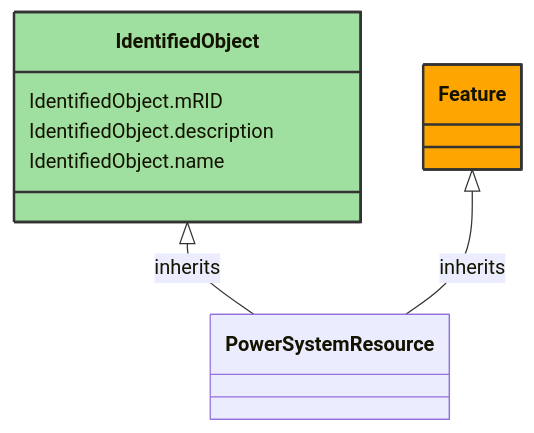
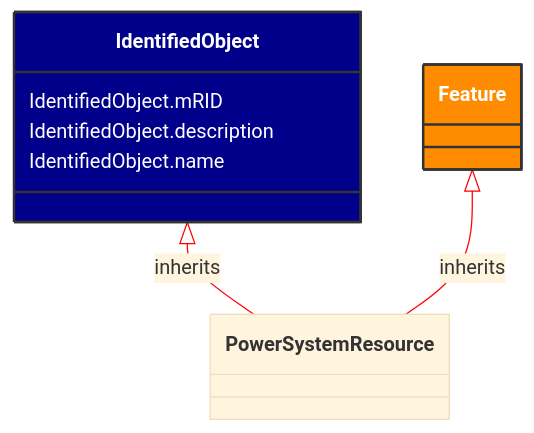
Before and after one commit to 3lbits/NoCIMExtensions: the diagram in docs/Models/Profiles/WattApp/AbstractClasses/IdentifiedObject.md, drawn with Mermaid. The commit also changed 16 other files, not shown here.

Commit message:
Fixed mermaid colors and footer issue

````diff
--- a/docs/Models/Profiles/WattApp/AbstractClasses/IdentifiedObject.md
+++ b/docs/Models/Profiles/WattApp/AbstractClasses/IdentifiedObject.md
@@ -10,24 +10,25 @@
 ```mermaid
+%%{init: {'theme':'base','themeVariables': {'lineColor': '#FF0000'}}}%%
 classDiagram
     class IdentifiedObject
     click IdentifiedObject href "/Models/Profiles/WattApp/AbstractClasses/IdentifiedObject/"
-    style IdentifiedObject fill:#9fdf9f,stroke:#333,stroke-width:2px,rx:10,ry:10
+    style IdentifiedObject fill:#006400,stroke:#333,stroke-width:2px,rx:10,ry:10,color:white
 
         IdentifiedObject <|-- PowerSystemResource : inherits
             click IdentifiedObject href "/Models/Profiles/WattApp/AbstractClasses/IdentifiedObject/"
-            style IdentifiedObject rx:10,ry:10
+            style IdentifiedObject fill:#00008B,stroke:#333,stroke-width:2px,rx:10,ry:10,color:white
 
         PowerSystemResource
             click PowerSystemResource href "/Models/Profiles/WattApp/AbstractClasses/PowerSystemResource/"
-            style PowerSystemResource rx:10,ry:10
+            style IdentifiedObject fill:#00008B,stroke:#333,stroke-width:2px,rx:10,ry:10,color:white
 
         Feature <|-- PowerSystemResource : inherits
             click Feature href "/Models/Profiles/WattApp/ConcreteClasses/Feature/"
-            style Feature fill:#FFA500,stroke:#333,stroke-width:2px,rx:10,ry:10
+            style Feature fill:#FF8C00,stroke:#333,stroke-width:2px,rx:10,ry:10,color:white
 
 
 
         IdentifiedObject : IdentifiedObject.mRID
         IdentifiedObject : IdentifiedObject.description
         IdentifiedObject : IdentifiedObject.name
 ```
````
